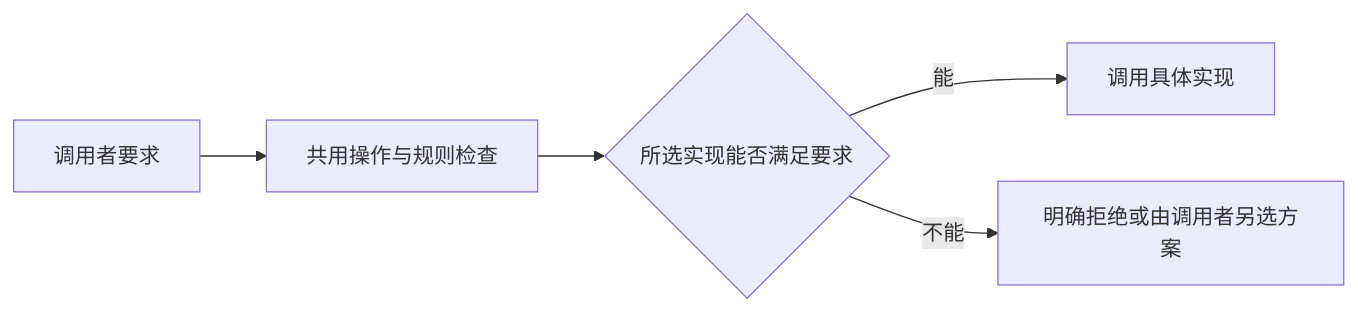
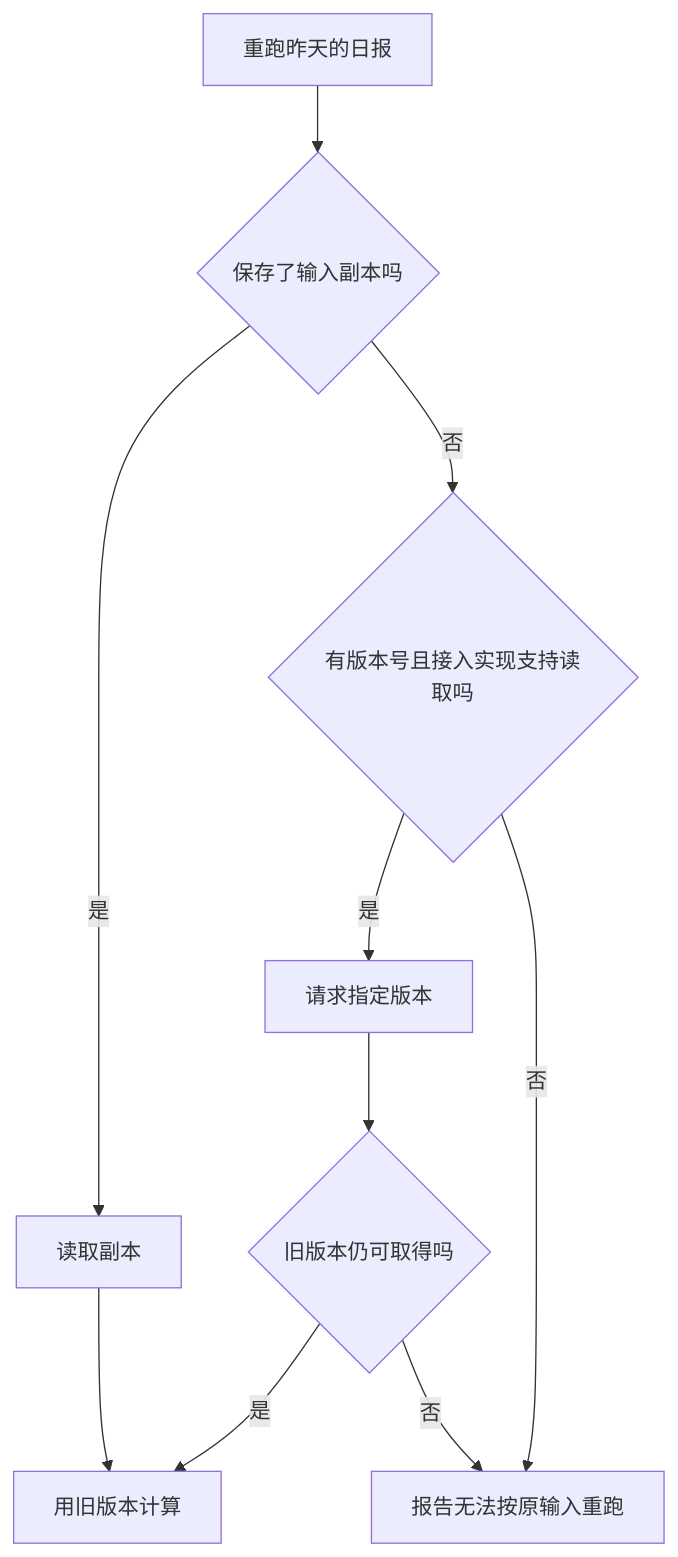
One commit to PerfectPan/wiki changed the diagram in wiki/syntheses/architecture/unified-interface-capability-differences.md. Above: the diagram before and after it, drawn with Mermaid. The commit also changed other lines of this file and 9 other files, not shown here.

````diff
--- a/wiki/syntheses/architecture/unified-interface-capability-differences.md
+++ b/wiki/syntheses/architecture/unified-interface-capability-differences.md
@@ -68,7 +93,12 @@
 ```mermaid
-flowchart LR
-    C[调用者要求] --> R[共用操作与规则检查]
-    R --> Q{所选实现能否满足要求}
-    Q -->|能| E[调用具体实现]
-    Q -->|不能| F[明确拒绝或由调用者另选方案]
+flowchart TD
+    R[重跑昨天的日报] --> C{保存了输入副本吗}
+    C -->|是| L[读取副本]
+    C -->|否| V{有版本号且接入实现支持读取吗}
+    V -->|是| G[请求指定版本]
+    V -->|否| E[报告无法按原输入重跑]
+    G --> K{旧版本仍可取得吗}
+    K -->|是| B[用旧版本计算]
+    K -->|否| E
+    L --> B
 ```
````
